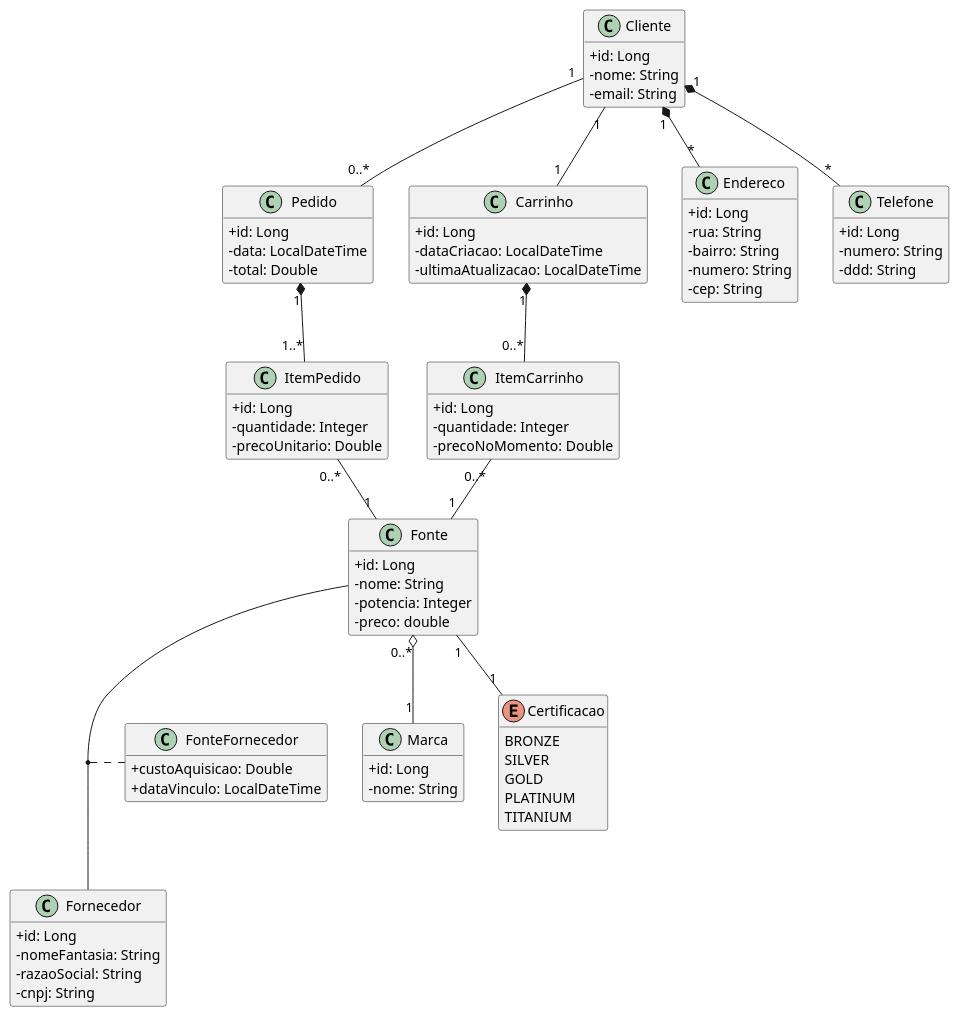
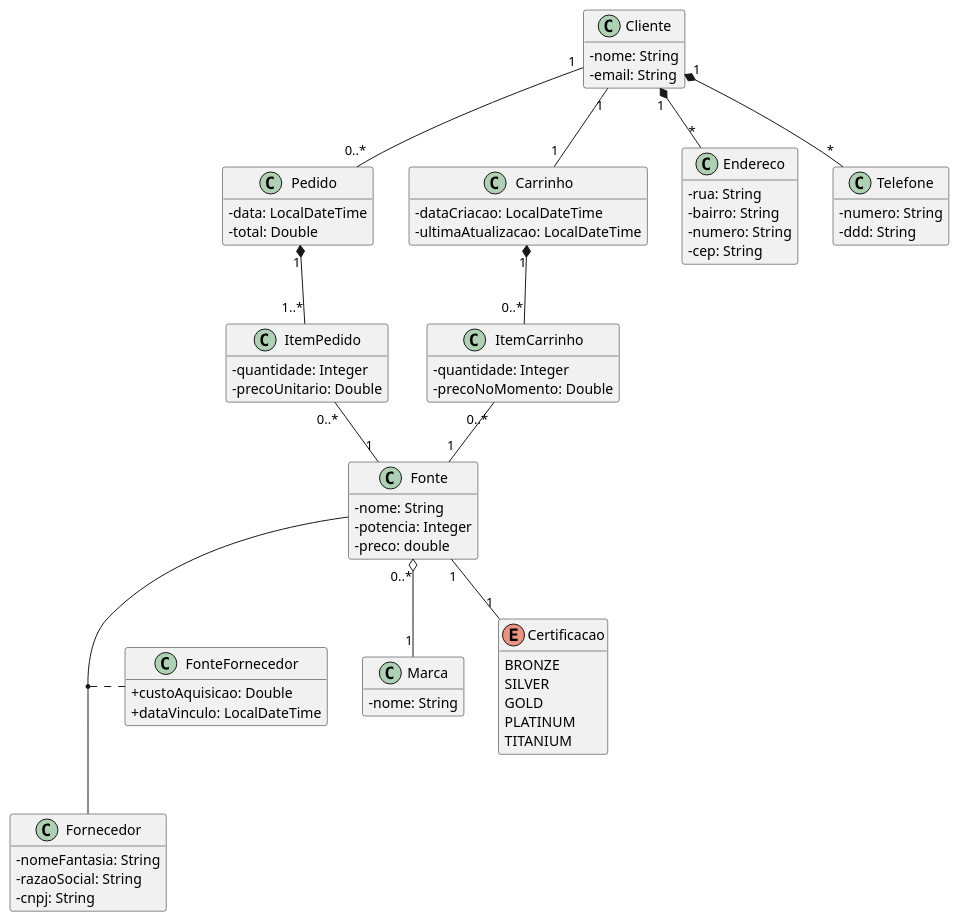
Before and after one commit to BielGG9/fontestp1: the diagram in src/main/resources/UML.puml, drawn with PlantUML.

Commit message:
UML FONTES

```diff
--- a/src/main/resources/UML.puml
+++ b/src/main/resources/UML.puml
@@ -1,105 +1,95 @@
 @startuml
 
 skinparam classAttributeIconSize 0
 hide empty members
 
 ' --- Cluster Superior: Vendas e Pedidos ---
 class Pedido {
-  +id: Long
   -data: LocalDateTime
   -total: Double
 }
 
 class ItemPedido {
-  +id: Long
  -quantidade: Integer
  -precoUnitario: Double
 }
 
 class Carrinho {
-  +id: Long
   -dataCriacao: LocalDateTime
   -ultimaAtualizacao: LocalDateTime
 }
 
 class ItemCarrinho {
-  +id: Long
  -quantidade: Integer
  -precoNoMomento: Double
 }
 
 ' --- Cluster Central: Cliente e Dados Pessoais ---
 class Cliente {
-  +id: Long
   -nome: String
   -email: String
 }
 
 class Endereco {
-  +id: Long
   -rua: String
   -bairro: String
   -numero: String
   -cep: String
 }
 
 class Telefone {
-  +id: Long
   -numero: String
   -ddd: String
 }
 
 ' --- Cluster Inferior: Produtos e Fornecedores ---
 class Fonte {
-  +id: Long
   -nome: String
   -potencia: Integer
   -preco: double
 }
 
 class Marca {
-  +id: Long
   -nome: String
 }
 
 enum Certificacao {
   BRONZE
   SILVER
   GOLD
   PLATINUM
   TITANIUM
 }
 
 class Fornecedor {
-  +id: Long
   -nomeFantasia: String
   -razaoSocial: String
   -cnpj: String
 }
 
 class FonteFornecedor {
   +custoAquisicao: Double
   +dataVinculo: LocalDateTime
 }
 
 
 ' --- Relacionamentos (definidos para espelhar o layout da imagem) ---
 
 ' Conexões do Cliente (Central)
 Cliente "1" *-- "*" Endereco
 Cliente "1" *-- "*" Telefone
 Cliente "1" -- "0..*" Pedido
 Cliente "1" -- "1" Carrinho
 
 ' Conexões de Vendas (Superior)
 Pedido "1" *-- "1..*" ItemPedido
 Carrinho "1" *-- "0..*" ItemCarrinho
 
 ' Conexões de Produtos (Inferior)
 ItemPedido "0..*" -- "1" Fonte
 ItemCarrinho "0..*" -- "1" Fonte
 Fonte "0..*" o-- "1" Marca
 Fonte "1" -- "1" Certificacao
 (Fonte, Fornecedor) .. FonteFornecedor
 
 @enduml
```
